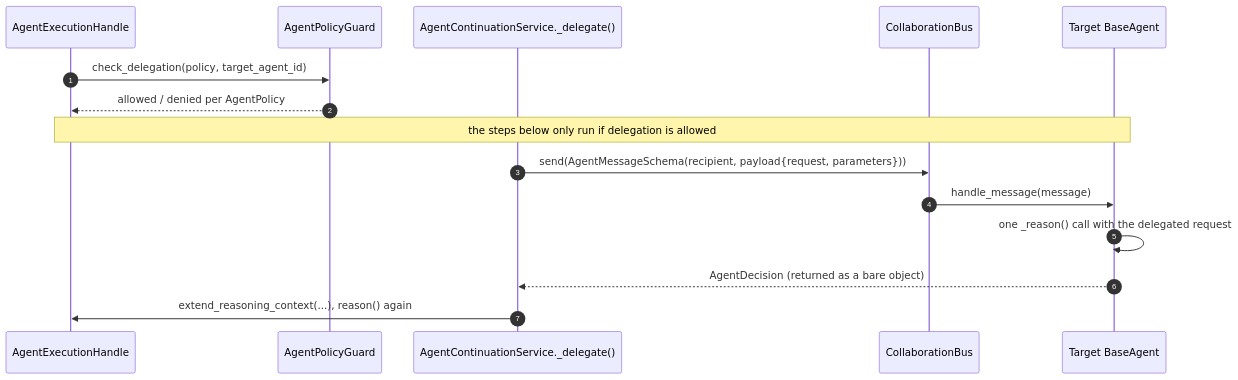
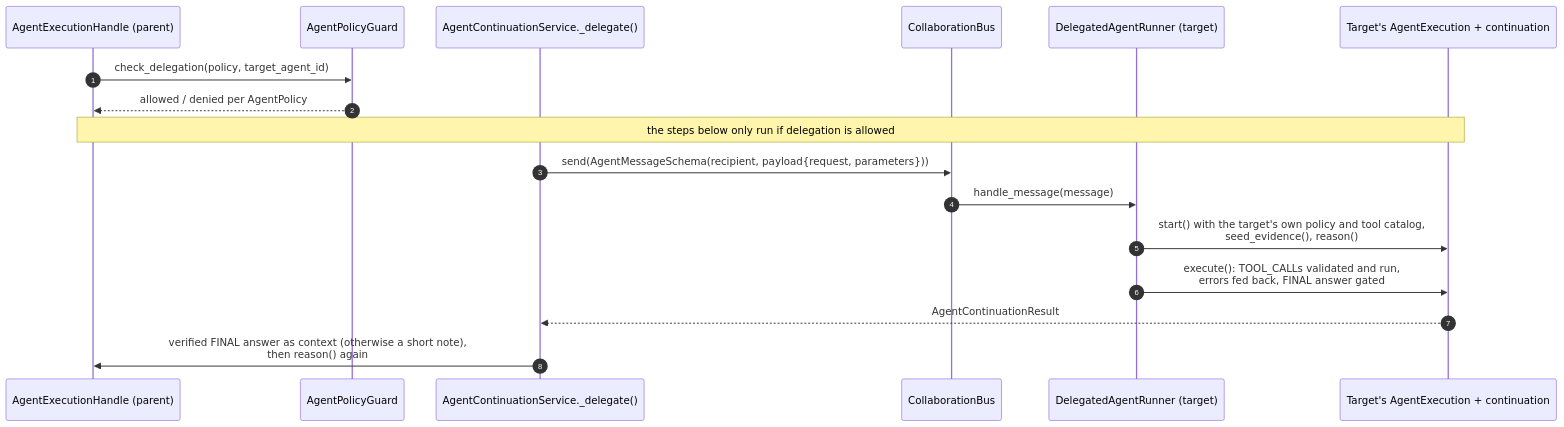
The diagram in server/src/agentic/collaboration/README.md (bharatkse/juris-ai), drawn with Mermaid before and after one commit. The commit also changed other lines of this file and 47 other files, not shown here.

````diff
--- a/server/src/agentic/collaboration/README.md
+++ b/server/src/agentic/collaboration/README.md
@@ -19,18 +21,20 @@
 ```mermaid
 sequenceDiagram
     autonumber
-    participant H as AgentExecutionHandle
+    participant H as AgentExecutionHandle (parent)
     participant G as AgentPolicyGuard
     participant C as AgentContinuationService._delegate()
     participant B as CollaborationBus
-    participant T as Target BaseAgent
+    participant R as DelegatedAgentRunner (target)
+    participant T as Target's AgentExecution + continuation
 
     H->>G: check_delegation(policy, target_agent_id)
     G-->>H: allowed / denied per AgentPolicy
     Note over H,T: the steps below only run if delegation is allowed
     C->>B: send(AgentMessageSchema(recipient, payload{request, parameters}))
-    B->>T: handle_message(message)
-    T->>T: one _reason() call with the delegated request
-    T-->>C: AgentDecision (returned as a bare object)
-    C->>H: extend_reasoning_context(...), reason() again
+    B->>R: handle_message(message)
+    R->>T: start() with the target's own policy and tool catalog,<br/>seed_evidence(), reason()
+    R->>T: execute(): TOOL_CALLs validated and run,<br/>errors fed back, FINAL answer gated
+    T-->>C: AgentContinuationResult
+    C->>H: verified FINAL answer as context (otherwise a short note),<br/>then reason() again
 ```
````
